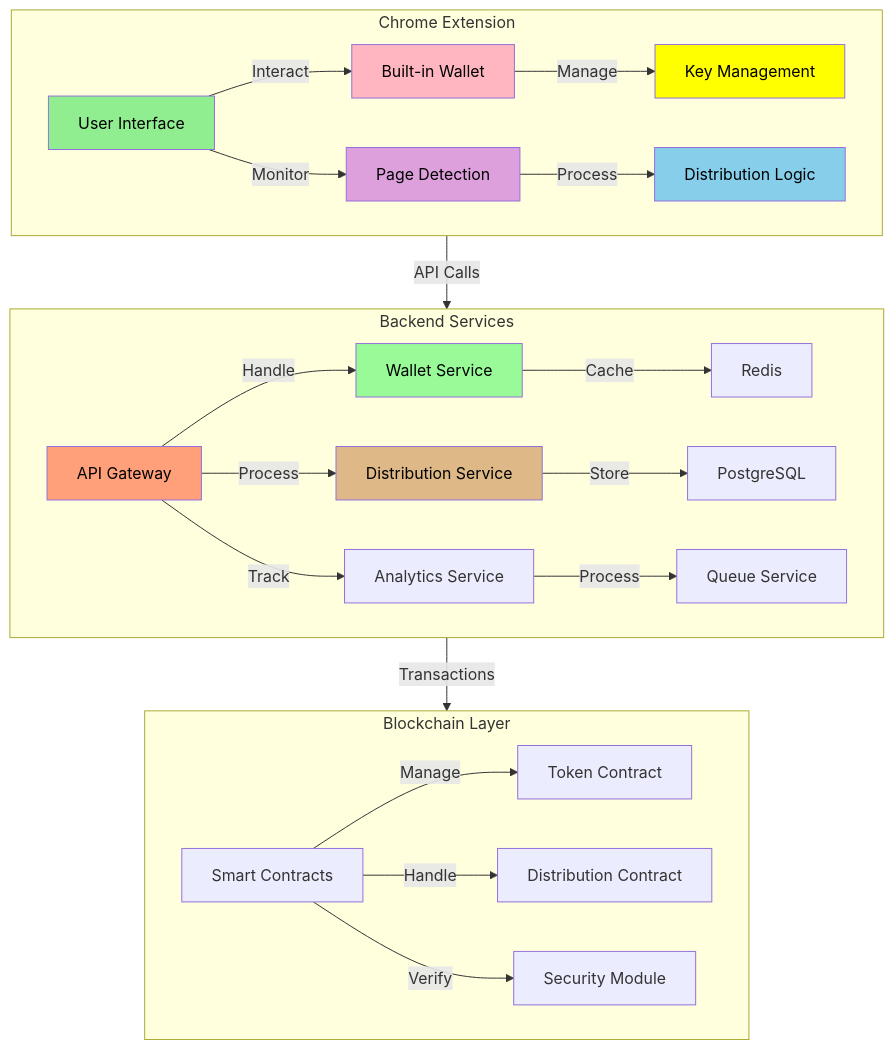
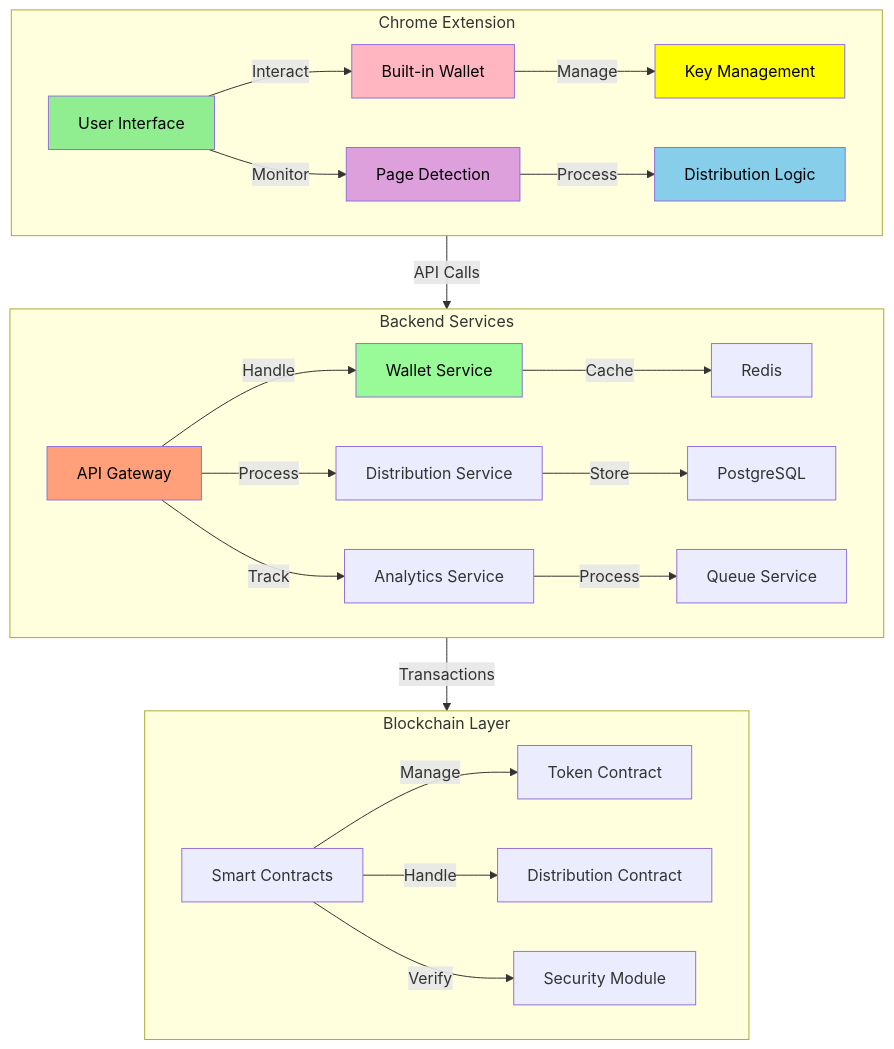
One commit to MEMEFANS/memefans changed the first of 3 diagrams in docs/whitepaper/technical-architecture.md. Above: the diagram before and after it, drawn with Mermaid. The commit also changed other lines of this file and 2 other files, not shown here.

Commit message:
fix: update mermaid diagrams format from div to markdown code blocks

````diff
--- a/docs/whitepaper/technical-architecture.md
+++ b/docs/whitepaper/technical-architecture.md
@@ -7,36 +7,35 @@
 ```mermaid
 graph TD
     subgraph Frontend [Chrome Extension]
         A[User Interface] -->|Interact| B[Built-in Wallet]
         A -->|Monitor| C[Page Detection]
         B -->|Manage| D[Key Management]
         C -->|Process| E[Distribution Logic]
     end
     
     subgraph Backend [Backend Services]
         F[API Gateway] -->|Handle| G[Wallet Service]
         F -->|Process| H[Distribution Service]
         F -->|Track| I[Analytics Service]
         G -->|Cache| J[Redis]
         H -->|Store| K[PostgreSQL]
         I -->|Process| L[Queue Service]
     end
     
     subgraph Blockchain [Blockchain Layer]
         M[Smart Contracts] -->|Manage| N[Token Contract]
         M -->|Handle| O[Distribution Contract]
         M -->|Verify| P[Security Module]
     end
     
     Frontend -->|API Calls| Backend
     Backend -->|Transactions| Blockchain
     
     style A fill:#90EE90,color:#000000
     style B fill:#FFB6C1,color:#000000
     style C fill:#DDA0DD,color:#000000
     style D fill:#FFFF00,color:#000000
     style E fill:#87CEEB,color:#000000
     style F fill:#FFA07A,color:#000000
     style G fill:#98FB98,color:#000000
-    style H fill:#DEB887,color:#000000
 ```
````
